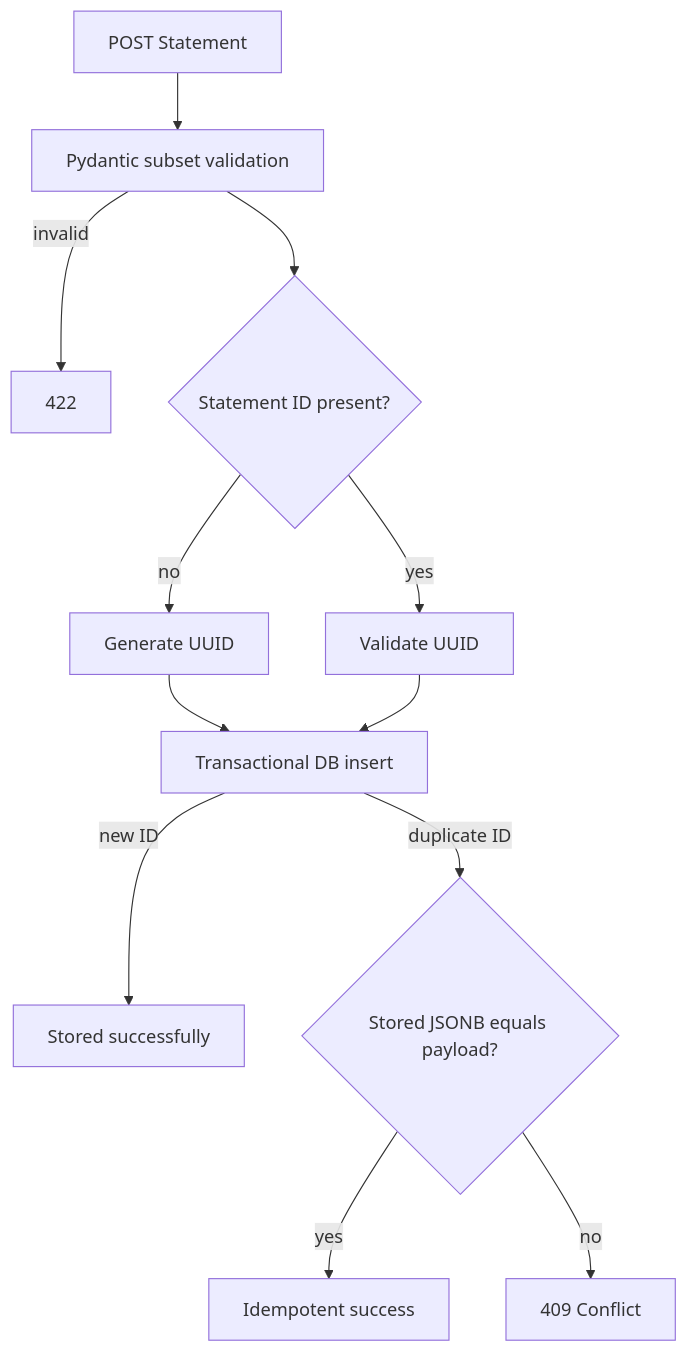
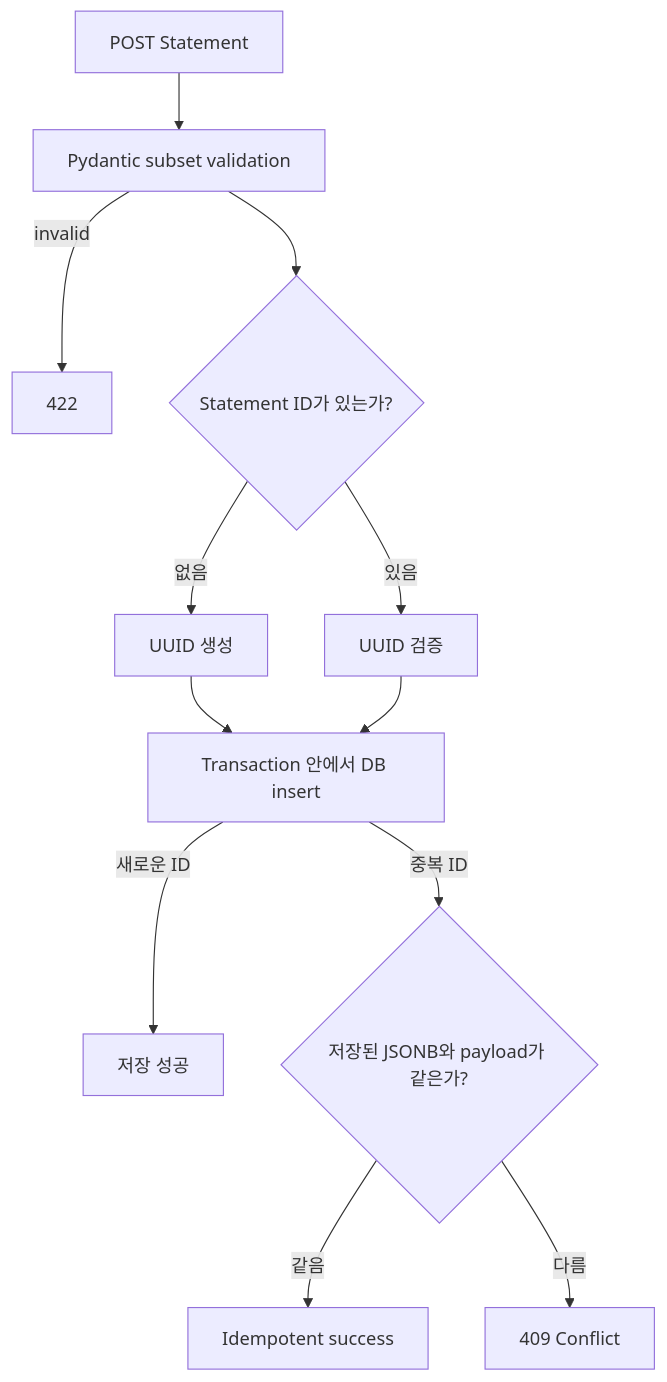
The second of 3 diagrams in README.md (JungJiBum/lrs_lite), drawn with Mermaid before and after one commit. The commit also changed other lines of this file, not shown here.

````diff
--- a/README.md
+++ b/README.md
@@ -86,14 +90,14 @@
 ```mermaid
 flowchart TD
     Request[POST Statement] --> Validate[Pydantic subset validation]
     Validate -->|invalid| Reject[422]
-    Validate --> ID{Statement ID present?}
-    ID -->|no| Generate[Generate UUID]
-    ID -->|yes| Verify[Validate UUID]
+    Validate --> ID{Statement ID가 있는가?}
+    ID -->|없음| Generate[UUID 생성]
+    ID -->|있음| Verify[UUID 검증]
     Generate --> Insert
-    Verify --> Insert[Transactional DB insert]
-    Insert -->|new ID| Created[Stored successfully]
-    Insert -->|duplicate ID| Compare{Stored JSONB equals payload?}
-    Compare -->|yes| Idempotent[Idempotent success]
-    Compare -->|no| Conflict[409 Conflict]
+    Verify --> Insert[Transaction 안에서 DB insert]
+    Insert -->|새로운 ID| Created[저장 성공]
+    Insert -->|중복 ID| Compare{저장된 JSONB와 payload가 같은가?}
+    Compare -->|같음| Idempotent[Idempotent success]
+    Compare -->|다름| Conflict[409 Conflict]
 ```
````
